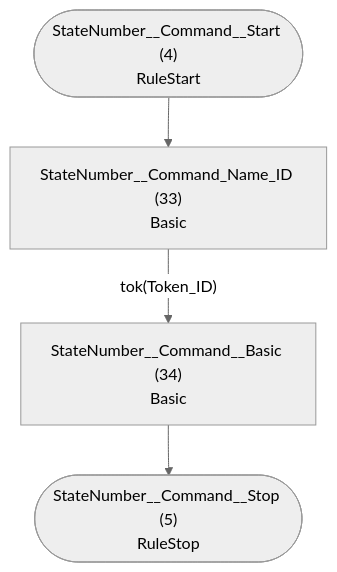
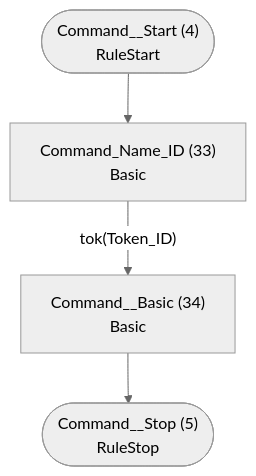
Before and after one commit to TypeFox/fastbelt: the third of 5 diagrams in examples/statemachine/atn.md, drawn with Mermaid (neutral theme). The commit also changed other lines of this file and 26 other files, not shown here.

````diff
--- a/examples/statemachine/atn.md
+++ b/examples/statemachine/atn.md
@@ -76,11 +76,11 @@
 ```mermaid
 flowchart TD
-    q4(["StateNumber__Command__Start (4)<br/>RuleStart"])
-    q5(["StateNumber__Command__Stop (5)<br/>RuleStop"])
-    q33["StateNumber__Command_Name_ID (33)<br/>Basic<br/>"]
-    q34["StateNumber__Command__Basic (34)<br/>Basic<br/>"]
+    q4(["Command__Start (4)<br/>RuleStart"])
+    q5(["Command__Stop (5)<br/>RuleStop"])
+    q33["Command_Name_ID (33)<br/>Basic<br/>"]
+    q34["Command__Basic (34)<br/>Basic<br/>"]
 
     q4 --> q33
     q33 -->|"tok(Token_ID)"| q34
     q34 --> q5
 ```
````
